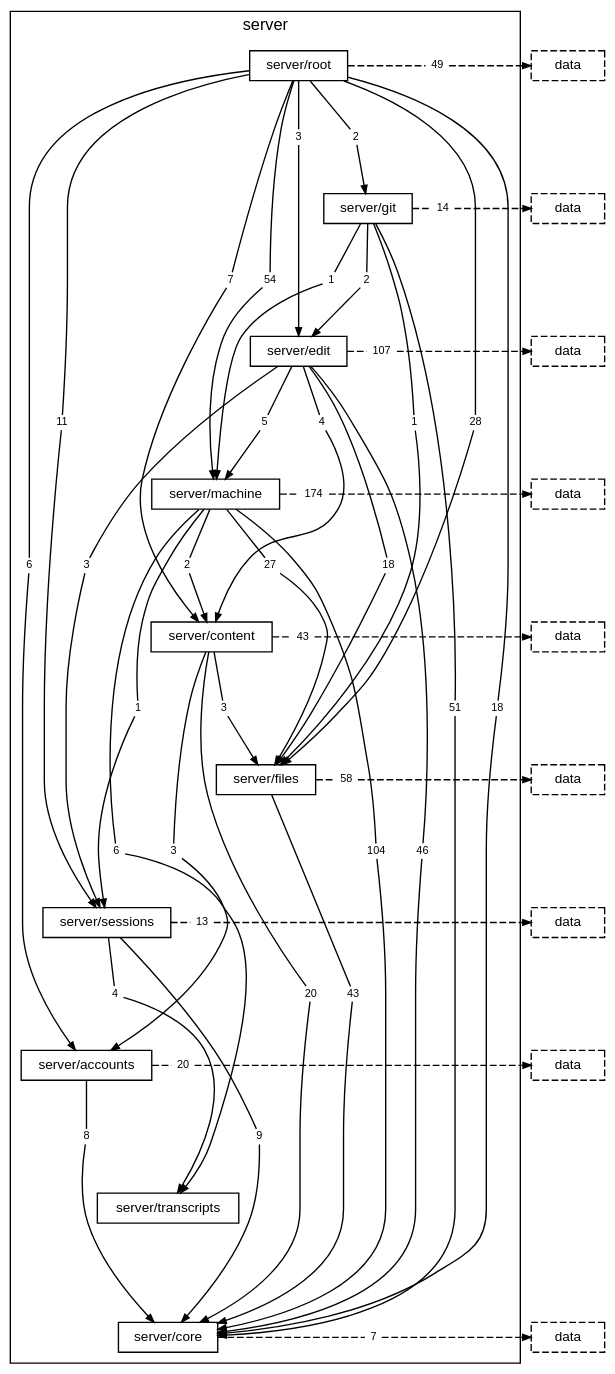
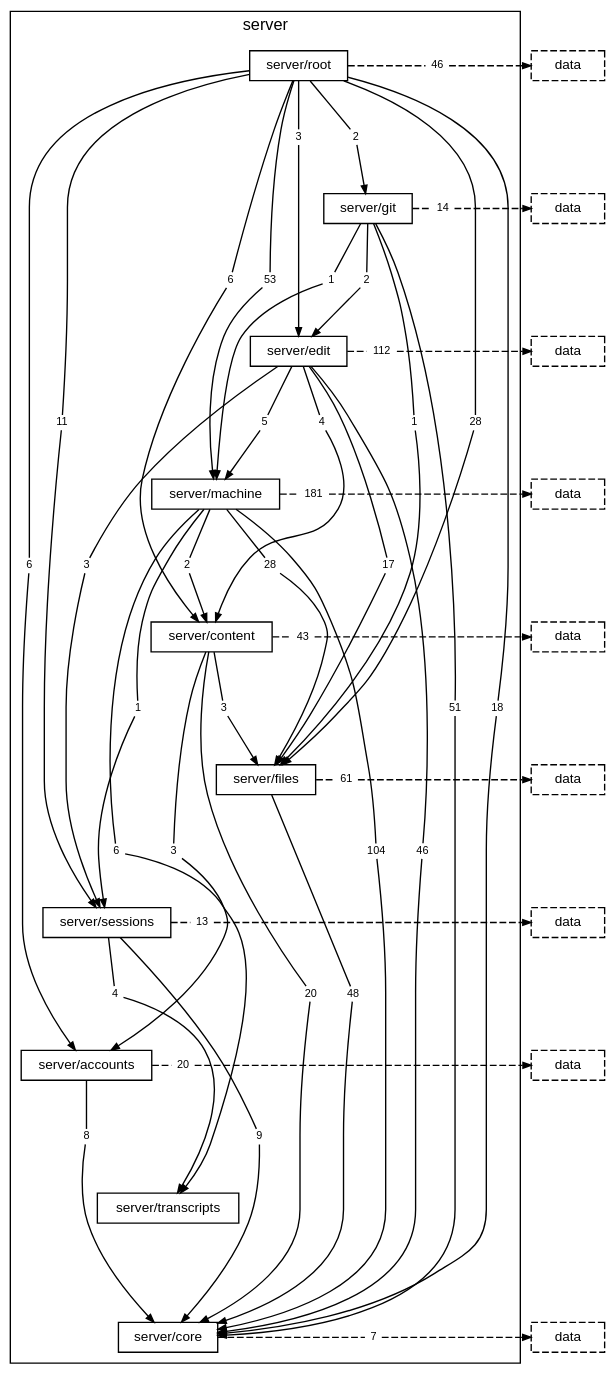
One commit to TheAxeC/oculus changed the diagram in docs/diagrams/layer-server.dot. Above: the diagram before and after it, drawn with Graphviz. The commit also changed 503 other files, not shown here.

```diff
--- a/docs/diagrams/layer-server.dot
+++ b/docs/diagrams/layer-server.dot
@@ -15,14 +15,14 @@
         "folder server/transcripts" [label="server/transcripts"];
         "folder server/core" [label="server/core"];
         "folder server/root to folder server/accounts" [label="6", shape=box, color="transparent", fontsize=8, width=0, height=0, margin="0.04,0.02"];
-        "folder server/root to folder server/content" [label="7", shape=box, color="transparent", fontsize=8, width=0, height=0, margin="0.04,0.02"];
+        "folder server/root to folder server/content" [label="6", shape=box, color="transparent", fontsize=8, width=0, height=0, margin="0.04,0.02"];
         "folder server/root to folder server/core" [label="18", shape=box, color="transparent", fontsize=8, width=0, height=0, margin="0.04,0.02"];
         "folder server/root to folder server/edit" [label="3", shape=box, color="transparent", fontsize=8, width=0, height=0, margin="0.04,0.02"];
         "folder server/root to folder server/files" [label="28", shape=box, color="transparent", fontsize=8, width=0, height=0, margin="0.04,0.02"];
         "folder server/root to folder server/git" [label="2", shape=box, color="transparent", fontsize=8, width=0, height=0, margin="0.04,0.02"];
-        "folder server/root to folder server/machine" [label="54", shape=box, color="transparent", fontsize=8, width=0, height=0, margin="0.04,0.02"];
+        "folder server/root to folder server/machine" [label="53", shape=box, color="transparent", fontsize=8, width=0, height=0, margin="0.04,0.02"];
         "folder server/root to folder server/sessions" [label="11", shape=box, color="transparent", fontsize=8, width=0, height=0, margin="0.04,0.02"];
-        "folder server/root to layer data" [label="49", shape=box, color="transparent", fontsize=8, width=0, height=0, margin="0.04,0.02"];
+        "folder server/root to layer data" [label="46", shape=box, color="transparent", fontsize=8, width=0, height=0, margin="0.04,0.02"];
         "folder server/git to folder server/core" [label="51", shape=box, color="transparent", fontsize=8, width=0, height=0, margin="0.04,0.02"];
         "folder server/git to folder server/edit" [label="2", shape=box, color="transparent", fontsize=8, width=0, height=0, margin="0.04,0.02"];
         "folder server/git to folder server/files" [label="1", shape=box, color="transparent", fontsize=8, width=0, height=0, margin="0.04,0.02"];
@@ -30,22 +30,22 @@
         "folder server/git to layer data" [label="14", shape=box, color="transparent", fontsize=8, width=0, height=0, margin="0.04,0.02"];
         "folder server/edit to folder server/content" [label="4", shape=box, color="transparent", fontsize=8, width=0, height=0, margin="0.04,0.02"];
         "folder server/edit to folder server/core" [label="46", shape=box, color="transparent", fontsize=8, width=0, height=0, margin="0.04,0.02"];
-        "folder server/edit to folder server/files" [label="18", shape=box, color="transparent", fontsize=8, width=0, height=0, margin="0.04,0.02"];
+        "folder server/edit to folder server/files" [label="17", shape=box, color="transparent", fontsize=8, width=0, height=0, margin="0.04,0.02"];
         "folder server/edit to folder server/machine" [label="5", shape=box, color="transparent", fontsize=8, width=0, height=0, margin="0.04,0.02"];
         "folder server/edit to folder server/sessions" [label="3", shape=box, color="transparent", fontsize=8, width=0, height=0, margin="0.04,0.02"];
-        "folder server/edit to layer data" [label="107", shape=box, color="transparent", fontsize=8, width=0, height=0, margin="0.04,0.02"];
+        "folder server/edit to layer data" [label="112", shape=box, color="transparent", fontsize=8, width=0, height=0, margin="0.04,0.02"];
         "folder server/machine to folder server/content" [label="2", shape=box, color="transparent", fontsize=8, width=0, height=0, margin="0.04,0.02"];
         "folder server/machine to folder server/core" [label="104", shape=box, color="transparent", fontsize=8, width=0, height=0, margin="0.04,0.02"];
-        "folder server/machine to folder server/files" [label="27", shape=box, color="transparent", fontsize=8, width=0, height=0, margin="0.04,0.02"];
+        "folder server/machine to folder server/files" [label="28", shape=box, color="transparent", fontsize=8, width=0, height=0, margin="0.04,0.02"];
         "folder server/machine to folder server/sessions" [label="1", shape=box, color="transparent", fontsize=8, width=0, height=0, margin="0.04,0.02"];
         "folder server/machine to folder server/transcripts" [label="6", shape=box, color="transparent", fontsize=8, width=0, height=0, margin="0.04,0.02"];
-        "folder server/machine to layer data" [label="174", shape=box, color="transparent", fontsize=8, width=0, height=0, margin="0.04,0.02"];
+        "folder server/machine to layer data" [label="181", shape=box, color="transparent", fontsize=8, width=0, height=0, margin="0.04,0.02"];
         "folder server/content to folder server/accounts" [label="3", shape=box, color="transparent", fontsize=8, width=0, height=0, margin="0.04,0.02"];
         "folder server/content to folder server/core" [label="20", shape=box, color="transparent", fontsize=8, width=0, height=0, margin="0.04,0.02"];
         "folder server/content to folder server/files" [label="3", shape=box, color="transparent", fontsize=8, width=0, height=0, margin="0.04,0.02"];
         "folder server/content to layer data" [label="43", shape=box, color="transparent", fontsize=8, width=0, height=0, margin="0.04,0.02"];
-        "folder server/files to folder server/core" [label="43", shape=box, color="transparent", fontsize=8, width=0, height=0, margin="0.04,0.02"];
-        "folder server/files to layer data" [label="58", shape=box, color="transparent", fontsize=8, width=0, height=0, margin="0.04,0.02"];
+        "folder server/files to folder server/core" [label="48", shape=box, color="transparent", fontsize=8, width=0, height=0, margin="0.04,0.02"];
+        "folder server/files to layer data" [label="61", shape=box, color="transparent", fontsize=8, width=0, height=0, margin="0.04,0.02"];
         "folder server/sessions to folder server/core" [label="9", shape=box, color="transparent", fontsize=8, width=0, height=0, margin="0.04,0.02"];
         "folder server/sessions to folder server/transcripts" [label="4", shape=box, color="transparent", fontsize=8, width=0, height=0, margin="0.04,0.02"];
         "folder server/sessions to layer data" [label="13", shape=box, color="transparent", fontsize=8, width=0, height=0, margin="0.04,0.02"];
```
